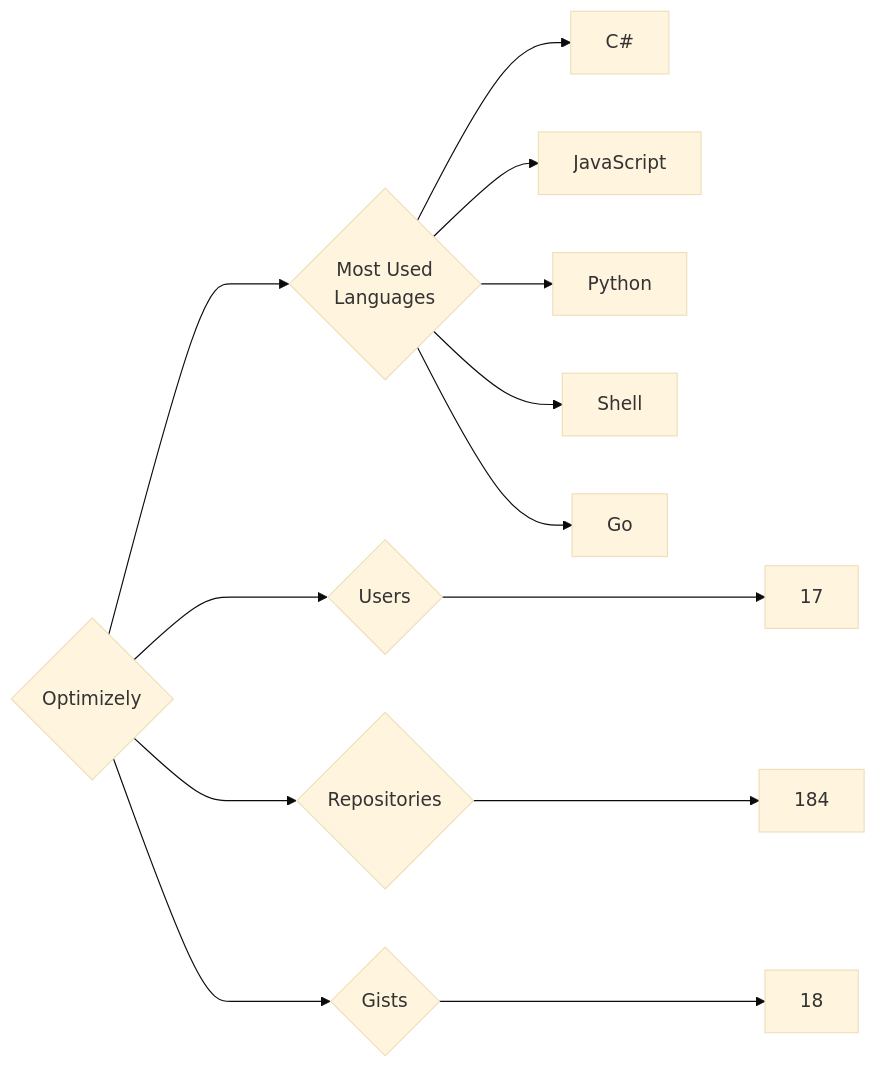
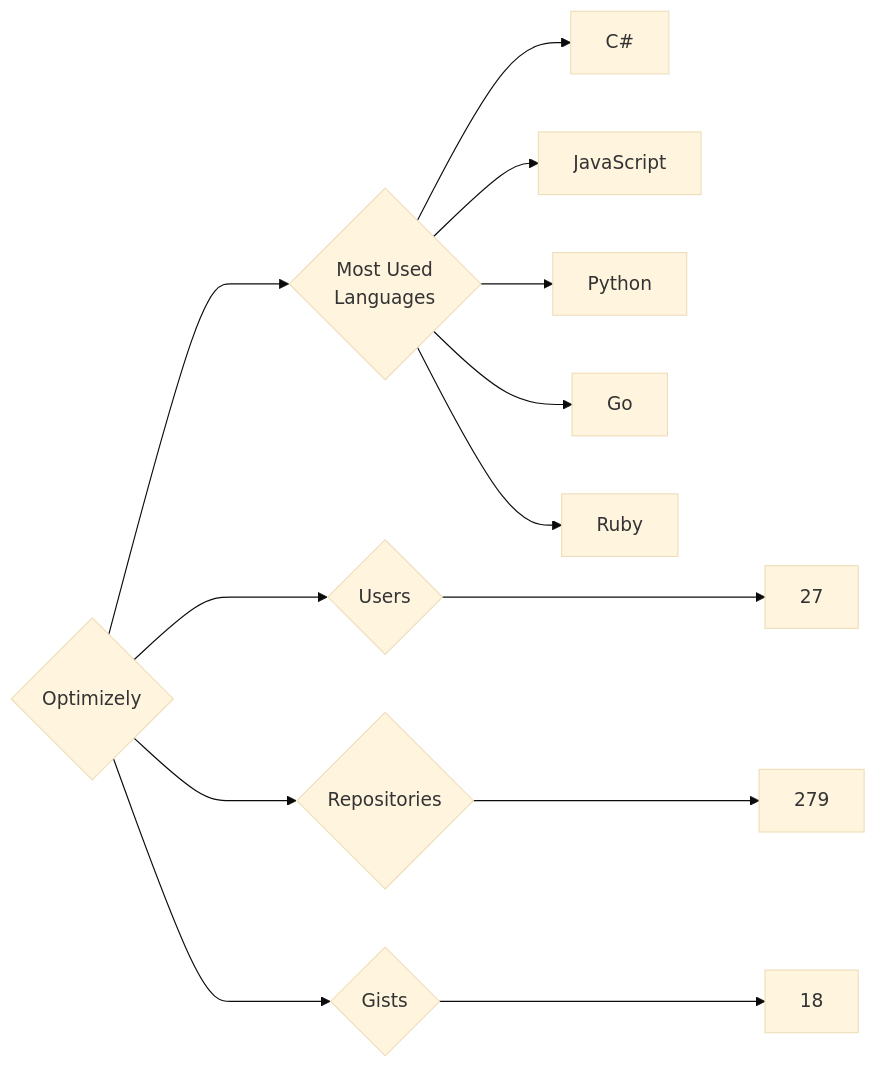
One commit to trickest/insiders changed the diagram in targets/Optimizely/README.md. Above: the diagram before and after it, drawn with Mermaid (base theme). The commit also changed 765 other files, not shown here.

````diff
--- a/targets/Optimizely/README.md
+++ b/targets/Optimizely/README.md
@@ -3,13 +3,13 @@
 ```mermaid
 graph LR
 COMPANY_NAME{Optimizely}
-COMPANY_NAME ---> U{Users} ---> UN[17]
-COMPANY_NAME ---> R{Repositories} ---> RN[184]
+COMPANY_NAME ---> U{Users} ---> UN[27]
+COMPANY_NAME ---> R{Repositories} ---> RN[279]
 COMPANY_NAME ---> G{Gists} ---> GN[18]
 COMPANY_NAME ---> ML{Most Used<br>Languages}
 ML --> C#[C#]
 ML --> JavaScript[JavaScript]
 ML --> Python[Python]
-ML --> Shell[Shell]
 ML --> Go[Go]
+ML --> Ruby[Ruby]
 ```
````
